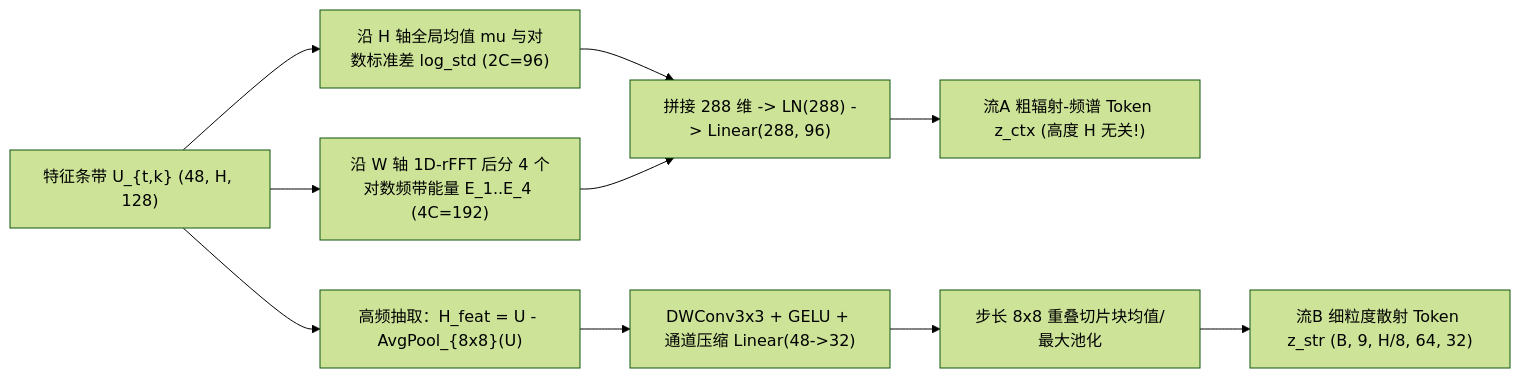
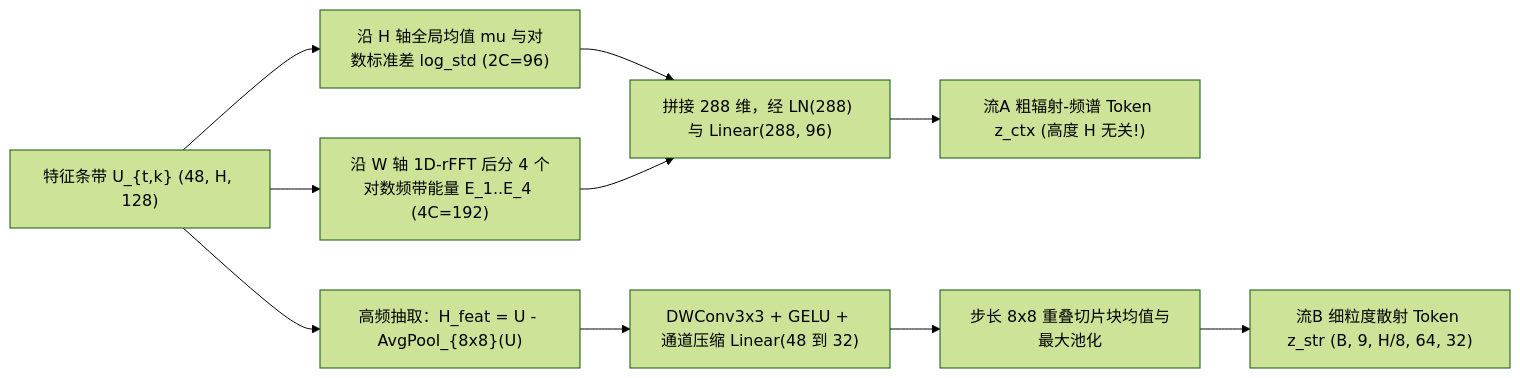
Before and after one commit to deathend110/SAR_Sequence_Restore: the third of 5 diagrams in docs/架构设计A_基于当前跨帧Token实验演进.md, drawn with Mermaid (forest theme). The commit also changed other lines of this file and 1 other file, not shown here.

Commit message:
修复两份架构设计文档在Typora中的公式与Mermaid渲染语法错误

````diff
--- a/docs/架构设计A_基于当前跨帧Token实验演进.md
+++ b/docs/架构设计A_基于当前跨帧Token实验演进.md
@@ -130,13 +136,13 @@
 ```mermaid
-flowchart LR
+graph LR
     U["特征条带 U_{t,k} (48, H, 128)"] --> A1["沿 H 轴全局均值 mu 与对数标准差 log_std (2C=96)"]
     U --> A2["沿 W 轴 1D-rFFT 后分 4 个对数频带能量 E_1..E_4 (4C=192)"]
-    A1 --> A3["拼接 288 维 -> LN(288) -> Linear(288, 96)"]
+    A1 --> A3["拼接 288 维，经 LN(288) 与 Linear(288, 96)"]
     A2 --> A3
     A3 --> ZA["流A 粗辐射-频谱 Token z_ctx (高度 H 无关!)"]
 
     U --> B1["高频抽取：H_feat = U - AvgPool_{8x8}(U)"]
-    B1 --> B2["DWConv3x3 + GELU + 通道压缩 Linear(48->32)"]
-    B2 --> B3["步长 8x8 重叠切片块均值/最大池化"]
+    B1 --> B2["DWConv3x3 + GELU + 通道压缩 Linear(48 到 32)"]
+    B2 --> B3["步长 8x8 重叠切片块均值与最大池化"]
     B3 --> ZB["流B 细粒度散射 Token z_str (B, 9, H/8, 64, 32)"]
 ```
````
